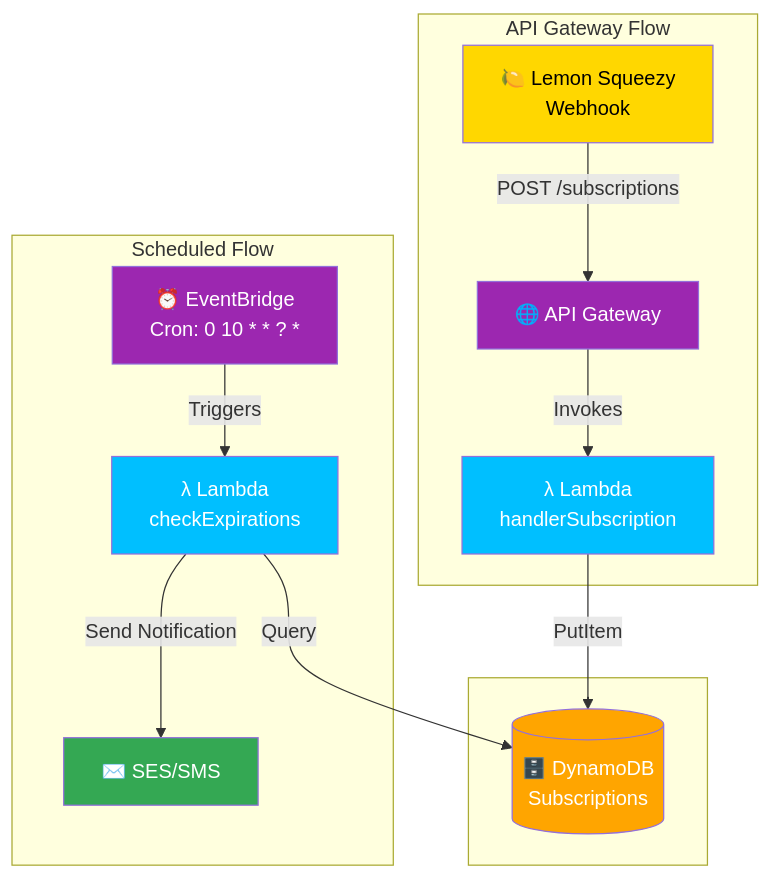
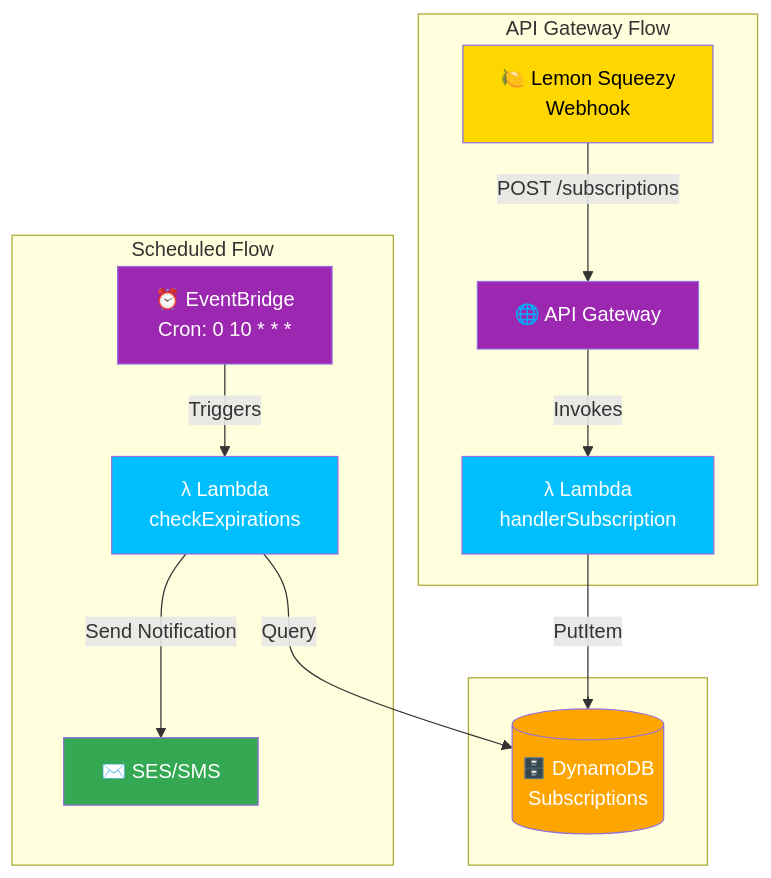
The diagram in README.md (javier1292/subscriptions-manager), drawn with Mermaid before and after one commit.

````diff
--- a/README.md
+++ b/README.md
@@ -30,26 +30,26 @@
 ```mermaid
 flowchart TD
     subgraph "."
         D[(🗄️ DynamoDB\nSubscriptions)]
     end
     subgraph "API Gateway Flow"
         A[🍋 Lemon Squeezy\nWebhook] -->|POST /subscriptions| B[🌐 API Gateway]
         B -->|Invokes| C[λ Lambda\nhandlerSubscription]
         C -->|PutItem| D
     end
 
     subgraph "Scheduled Flow"
-        E[⏰ EventBridge\nCron: 0 10 * * ? *] -->|Triggers| F[λ Lambda\ncheckExpirations]
+        E[⏰ EventBridge\nCron: 0 10 * * *] -->|Triggers| F[λ Lambda\ncheckExpirations]
         F -->|Query| D
         F -->|Send Notification| G[✉️ SES/SMS]
         end
 
 
     style A fill:#FFD700,color:black
 style B fill:#9C27B0,color:white
 style C fill:#00BFFF,color:white
 style D fill:#FFA500,color:white
 style E fill:#9C27B0,color:white
 style F fill:#00BFFF,color:white
 style G fill:#34A853,color:white
 ```
````
